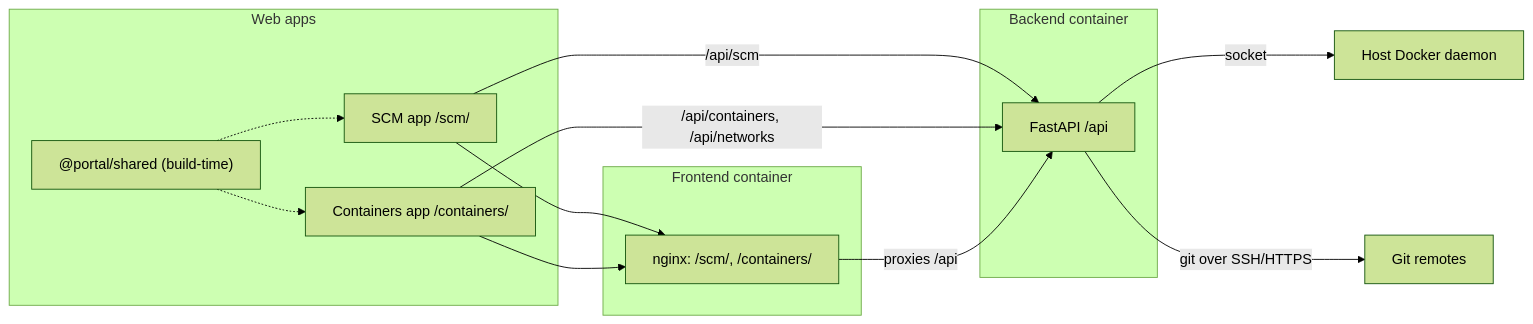
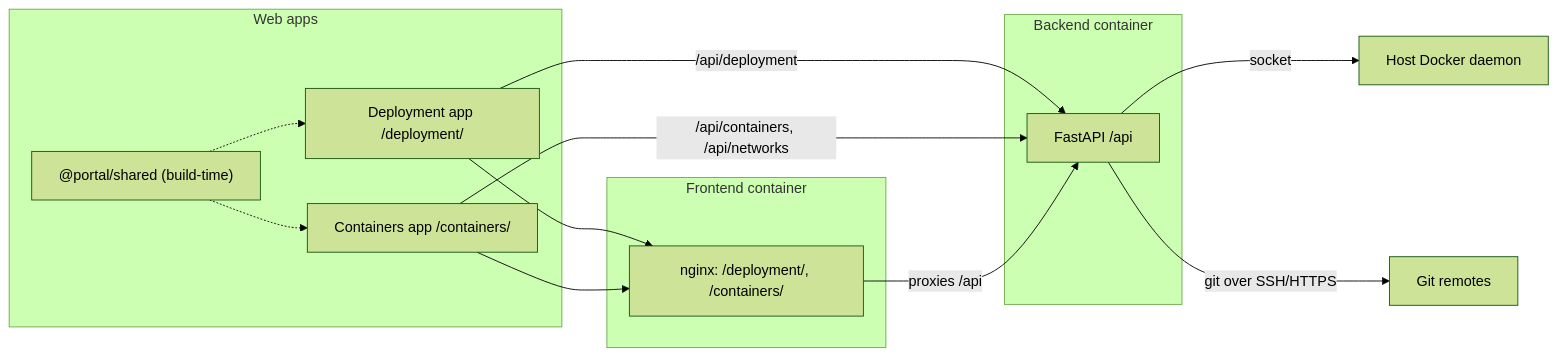
The diagram in IMPLEMENTATION_PLAN.md (marcuspeh/docker_management), drawn with Mermaid (forest theme) before and after one commit. The commit also changed other lines of this file and 43 other files, not shown here.

First line of the commit message:
refactor: rename the SCM app to Deployment

````diff
--- a/IMPLEMENTATION_PLAN.md
+++ b/IMPLEMENTATION_PLAN.md
@@ -30,25 +30,25 @@
 ```mermaid
 flowchart LR
     subgraph web [Web apps]
-        ScmApp["SCM app /scm/"]
+        DeploymentApp["Deployment app /deployment/"]
         ContainersApp["Containers app /containers/"]
         Shared["@portal/shared (build-time)"]
     end
     subgraph fe [Frontend container]
-        Nginx["nginx: /scm/, /containers/"]
+        Nginx["nginx: /deployment/, /containers/"]
     end
     subgraph be [Backend container]
         Api["FastAPI /api"]
     end
     Daemon["Host Docker daemon"]
     Repos["Git remotes"]
-    Shared -.-> ScmApp
+    Shared -.-> DeploymentApp
     Shared -.-> ContainersApp
-    ScmApp -->|"/api/scm"| Api
+    DeploymentApp -->|"/api/deployment"| Api
     ContainersApp -->|"/api/containers, /api/networks"| Api
-    ScmApp --> Nginx
+    DeploymentApp --> Nginx
     ContainersApp --> Nginx
     Nginx -->|"proxies /api"| Api
     Api -->|"socket"| Daemon
     Api -->|"git over SSH/HTTPS"| Repos
 ```
````
